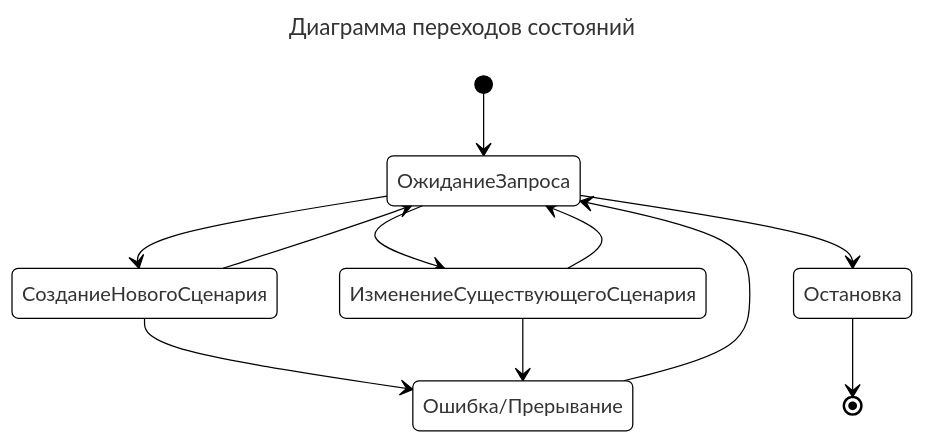
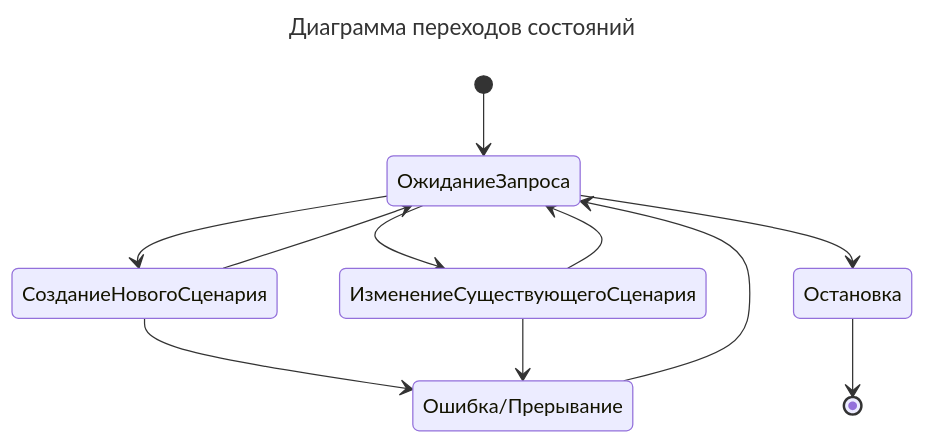
Before and after one commit to CHSU-scenarAIst/diagrammy: the diagram in 4. Диаграмма переходов состояний.md, drawn with Mermaid. The commit also changed 26 other files, not shown here.

````diff
--- a/4. Диаграмма переходов состояний.md
+++ b/4. Диаграмма переходов состояний.md
@@ -3,30 +3,18 @@
 ```mermaid
 ---
 title: Диаграмма переходов состояний
 ---
-%%{init: {
-  'theme': 'base',
-  'themeVariables': {
-    'primaryColor': '#fff',
-    'primaryBorderColor': '#000',
-    'lineColor': '#000',
-    'fontFamily': 'arial',
-    'fontSize': '16px',
-    'signalTextColor': '#000',
-    'activationBackgroundColor': '#000'
-  }
-}}%%
 stateDiagram-v2
     [*] --> ОжиданиеЗапроса
 
     ОжиданиеЗапроса --> СозданиеНовогоСценария
     ОжиданиеЗапроса --> ИзменениеСуществующегоСценария
 
     СозданиеНовогоСценария --> ОжиданиеЗапроса
     СозданиеНовогоСценария --> Ошибка/Прерывание
     ИзменениеСуществующегоСценария --> ОжиданиеЗапроса
     ИзменениеСуществующегоСценария --> Ошибка/Прерывание
     Ошибка/Прерывание --> ОжиданиеЗапроса
     ОжиданиеЗапроса --> Остановка
     Остановка --> [*]
 ```
````
